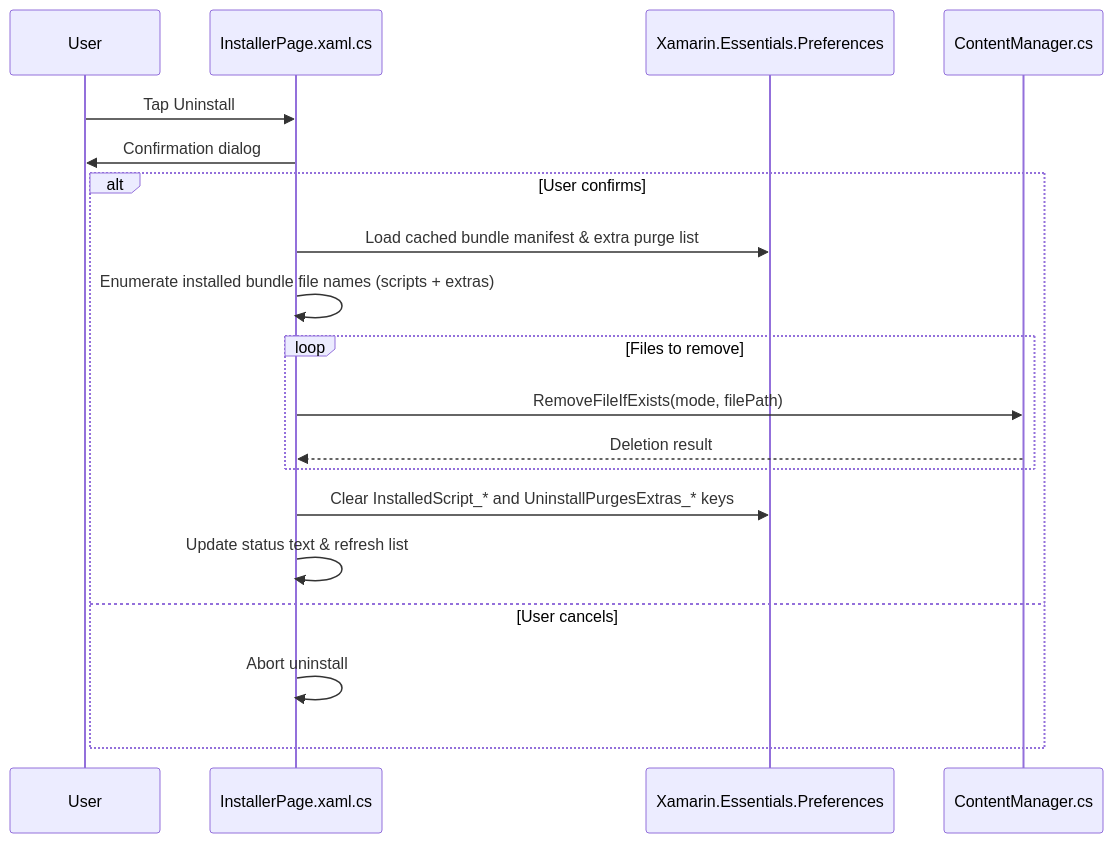
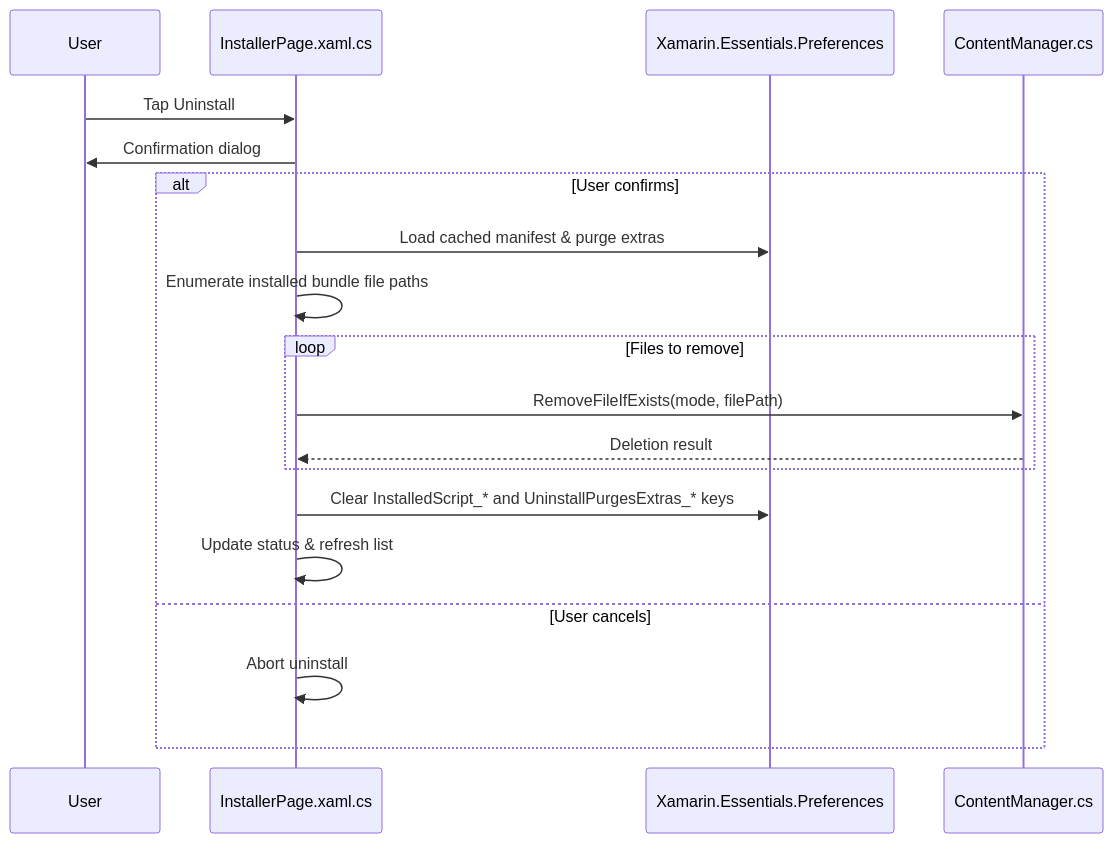
The fourth of 4 diagrams in analysis/mechanics.md (DqkrLord0Xerod/translatefgo), drawn with Mermaid before and after one commit. The commit also changed other lines of this file, not shown here.

````diff
--- a/analysis/mechanics.md
+++ b/analysis/mechanics.md
@@ -99,21 +97,21 @@
 ```mermaid
 sequenceDiagram
     participant User
     participant UI as InstallerPage.xaml.cs
     participant Pref as Xamarin.Essentials.Preferences
     participant CM as ContentManager.cs
     User->>UI: Tap Uninstall
     UI->>User: Confirmation dialog
     alt User confirms
-        UI->>Pref: Load cached bundle manifest & extra purge list
-        UI->>UI: Enumerate installed bundle file names (scripts + extras)
+        UI->>Pref: Load cached manifest & purge extras
+        UI->>UI: Enumerate installed bundle file paths
         loop Files to remove
             UI->>CM: RemoveFileIfExists(mode, filePath)
             CM-->>UI: Deletion result
         end
         UI->>Pref: Clear InstalledScript_* and UninstallPurgesExtras_* keys
-        UI->>UI: Update status text & refresh list
+        UI->>UI: Update status & refresh list
     else User cancels
         UI->>UI: Abort uninstall
     end
 ```
````
